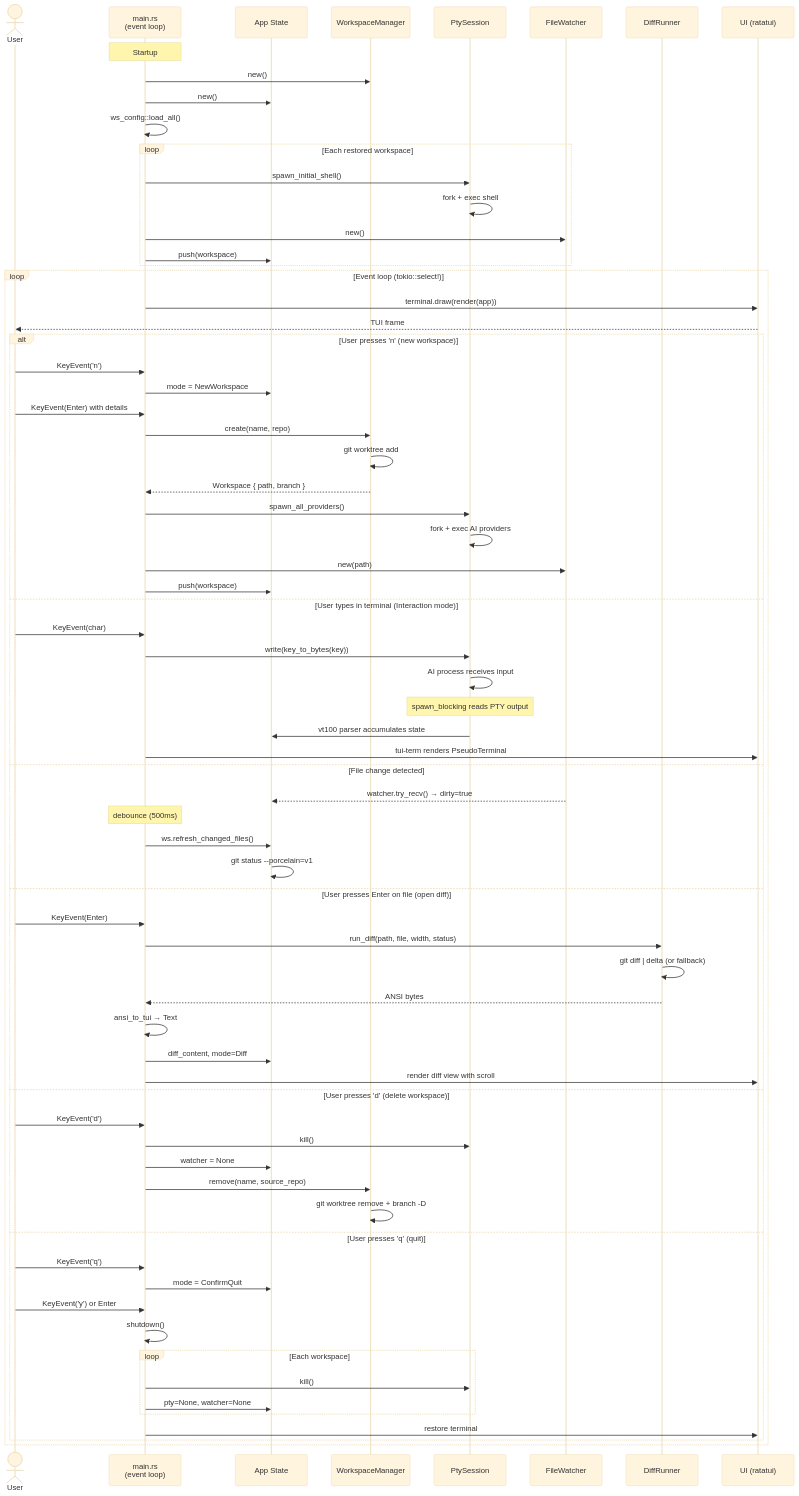
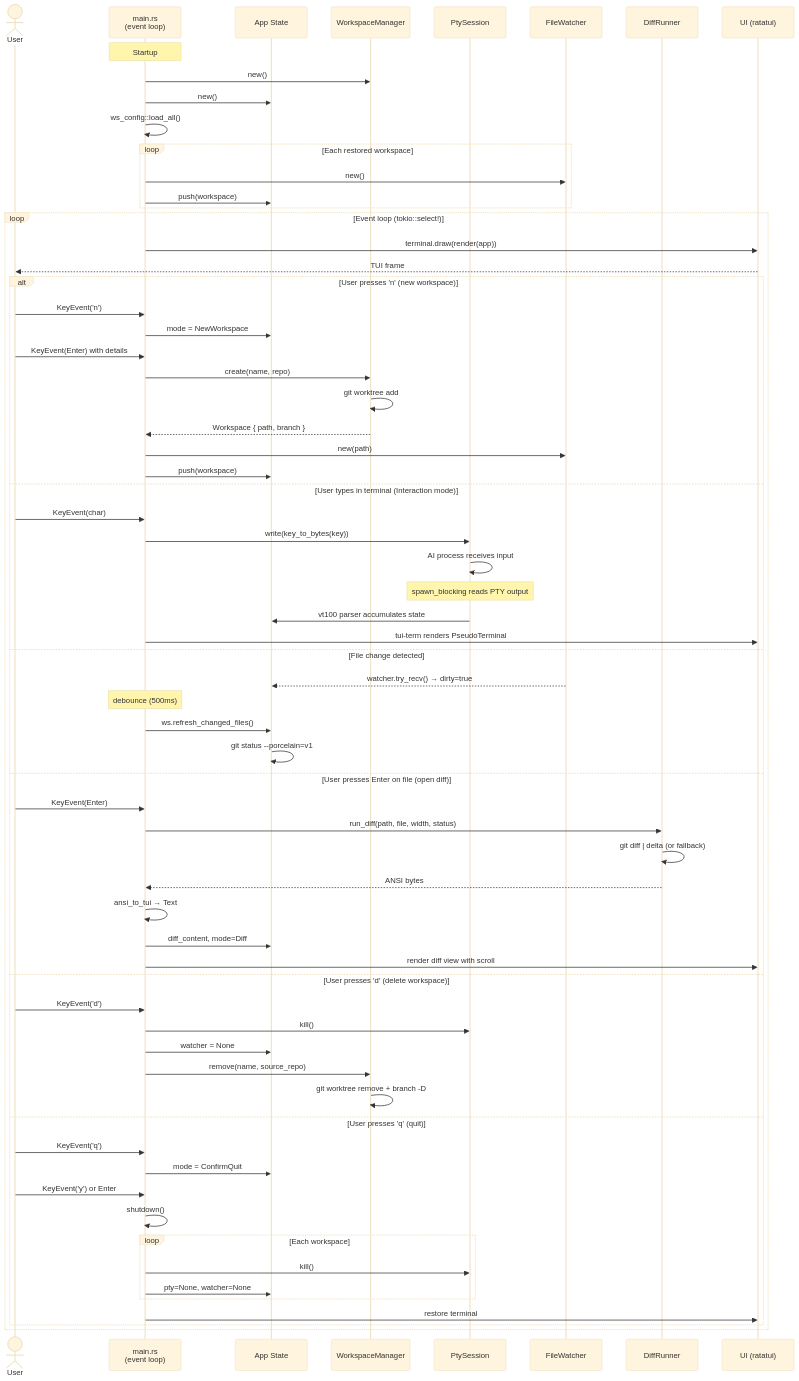
The diagram in README.md (juanknebel/piki-multi-ai), drawn with Mermaid (base theme) before and after one commit. The commit also changed other lines of this file and 12 other files, not shown here.

````diff
--- a/README.md
+++ b/README.md
@@ -420,81 +423,77 @@
 ```mermaid
 sequenceDiagram
     actor User
     participant Main as main.rs<br/>(event loop)
     participant App as App State
     participant WM as WorkspaceManager
     participant PTY as PtySession
     participant Watcher as FileWatcher
     participant Diff as DiffRunner
     participant UI as UI (ratatui)
 
     Note over Main: Startup
     Main->>WM: new()
     Main->>App: new()
     Main->>Main: ws_config::load_all()
     loop Each restored workspace
-        Main->>PTY: spawn_initial_shell()
-        PTY->>PTY: fork + exec shell
         Main->>Watcher: new()
         Main->>App: push(workspace)
     end
 
     loop Event loop (tokio::select!)
         Main->>UI: terminal.draw(render(app))
         UI-->>User: TUI frame
 
         alt User presses 'n' (new workspace)
             User->>Main: KeyEvent('n')
             Main->>App: mode = NewWorkspace
             User->>Main: KeyEvent(Enter) with details
             Main->>WM: create(name, repo)
             WM->>WM: git worktree add
             WM-->>Main: Workspace { path, branch }
-            Main->>PTY: spawn_all_providers()
-            PTY->>PTY: fork + exec AI providers
             Main->>Watcher: new(path)
             Main->>App: push(workspace)
 
         else User types in terminal (Interaction mode)
             User->>Main: KeyEvent(char)
             Main->>PTY: write(key_to_bytes(key))
             PTY->>PTY: AI process receives input
             Note over PTY: spawn_blocking reads PTY output
             PTY->>App: vt100 parser accumulates state
             Main->>UI: tui-term renders PseudoTerminal
 
         else File change detected
             Watcher-->>App: watcher.try_recv() → dirty=true
             Note over Main: debounce (500ms)
             Main->>App: ws.refresh_changed_files()
             App->>App: git status --porcelain=v1
 
         else User presses Enter on file (open diff)
             User->>Main: KeyEvent(Enter)
             Main->>Diff: run_diff(path, file, width, status)
             Diff->>Diff: git diff | delta (or fallback)
             Diff-->>Main: ANSI bytes
             Main->>Main: ansi_to_tui → Text
             Main->>App: diff_content, mode=Diff
             Main->>UI: render diff view with scroll
 
         else User presses 'd' (delete workspace)
             User->>Main: KeyEvent('d')
             Main->>PTY: kill()
             Main->>App: watcher = None
             Main->>WM: remove(name, source_repo)
             WM->>WM: git worktree remove + branch -D
 
         else User presses 'q' (quit)
             User->>Main: KeyEvent('q')
             Main->>App: mode = ConfirmQuit
             User->>Main: KeyEvent('y') or Enter
             Main->>Main: shutdown()
             loop Each workspace
                 Main->>PTY: kill()
                 Main->>App: pty=None, watcher=None
             end
             Main->>UI: restore terminal
         end
     end
 ```
````
